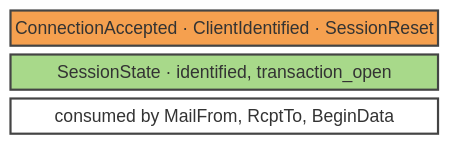
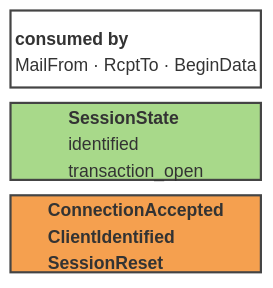
Before and after one commit to IvanTheGeek/FnEmail-Model: the third of 9 diagrams in docs/diagrams/README.md, drawn with Mermaid. The commit also changed other lines of this file, not shown here.

````diff
--- a/docs/diagrams/README.md
+++ b/docs/diagrams/README.md
@@ -75,11 +100,14 @@
 ```mermaid
-block-beta
+block
   columns 1
-  evts["ConnectionAccepted · ClientIdentified · SessionReset"]
-  rm["SessionState · identified, transaction_open"]
-  consumer["consumed by MailFrom, RcptTo, BeginData"]
+  consumer["<b>consumed by</b>\nMailFrom · RcptTo · BeginData"]
+  rm["<b>SessionState</b>\nidentified\ntransaction_open"]
+  evts["<b>ConnectionAccepted</b>\n<b>ClientIdentified</b>\n<b>SessionReset</b>"]
 
-  style evts fill:#f5a04f,stroke:#444,stroke-width:2px,color:#000
-  style rm fill:#a8d98a,stroke:#444,stroke-width:2px,color:#000
-  style consumer fill:#ffffff,stroke:#444,stroke-width:2px,color:#000
+  classDef screen fill:#ffffff,stroke:#444,stroke-width:2px,color:#000,text-align:left,height:70px
+  classDef readmodel fill:#a8d98a,stroke:#444,stroke-width:2px,color:#000,text-align:left,height:70px
+  classDef event fill:#f5a04f,stroke:#444,stroke-width:2px,color:#000,text-align:left,height:70px
+  class consumer screen
+  class rm readmodel
+  class evts event
 ```
````
